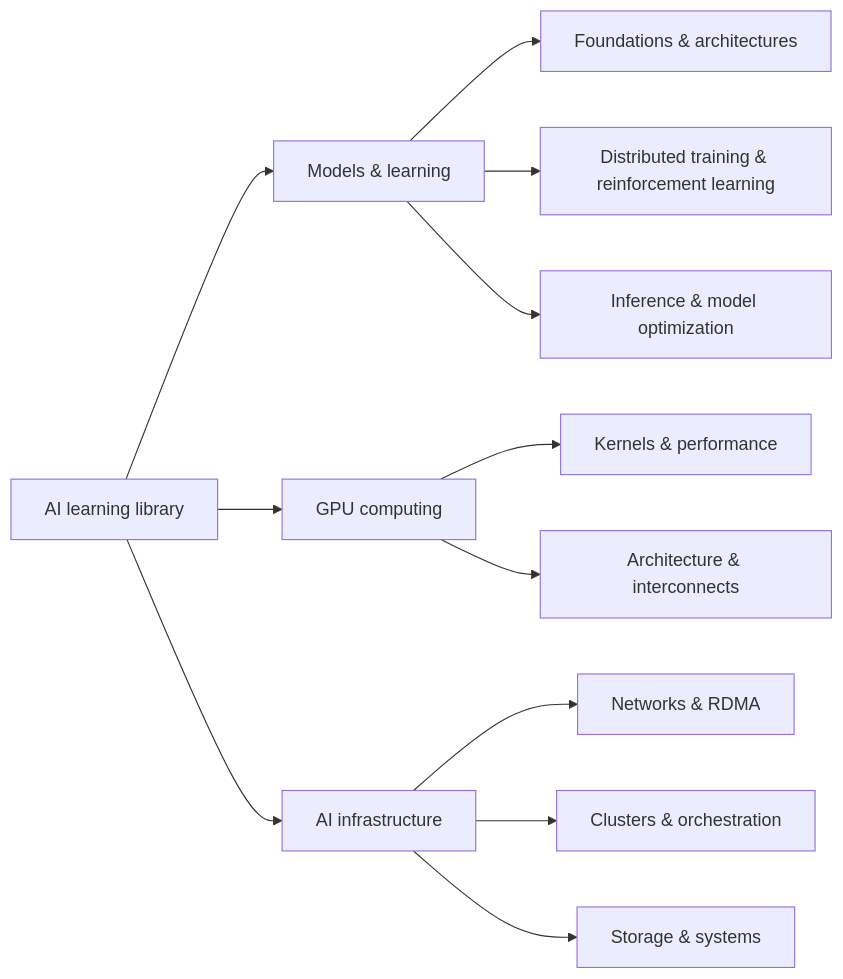
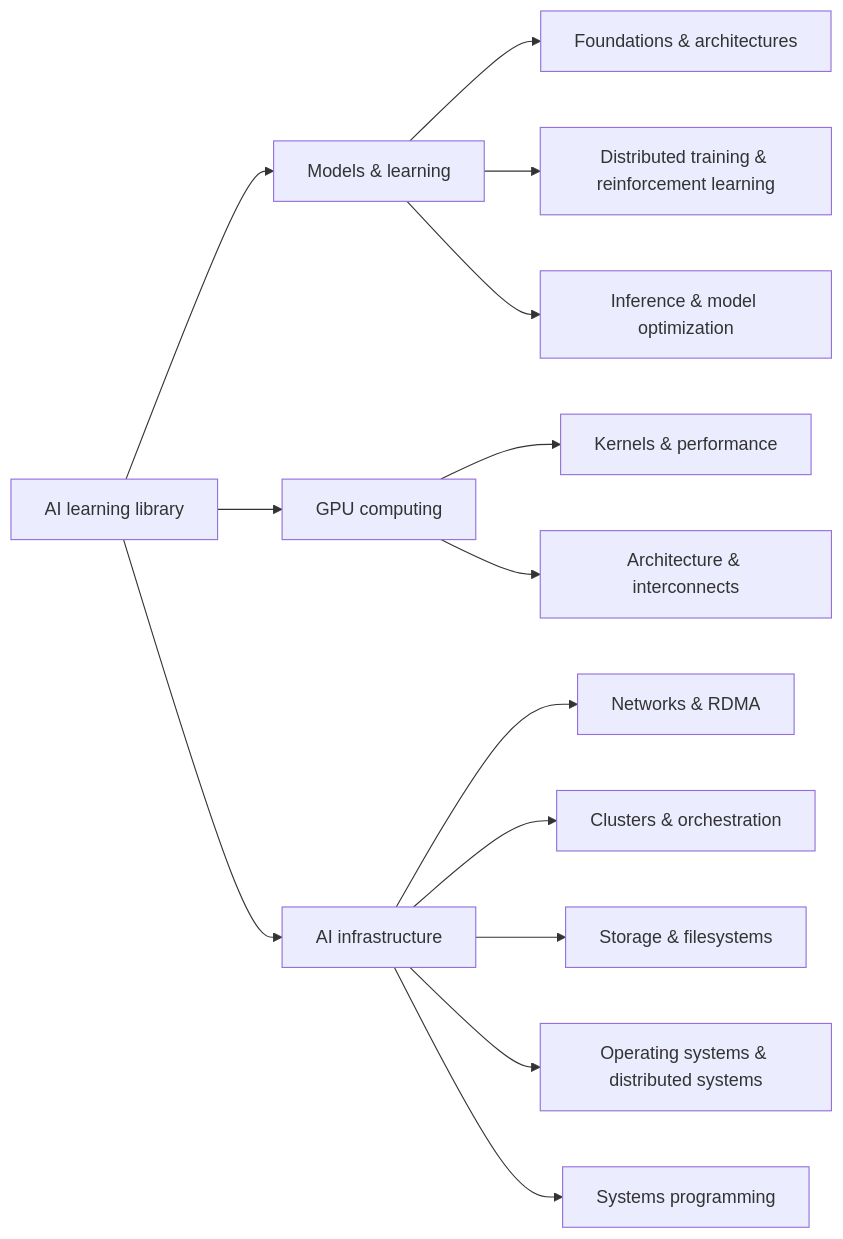
Before and after one commit to juansanjose/juan_website: the diagram in docs/topic-map.mmd, drawn with Mermaid. The commit also changed 6 other files, not shown here.

Commit message:
Separate storage, operating systems, and systems programming topics

```diff
--- a/docs/topic-map.mmd
+++ b/docs/topic-map.mmd
@@ -1,13 +1,15 @@
 graph LR
   ai["AI learning library"]
   ai --> group0["Models & learning"]
   group0 --> foundations["Foundations & architectures"]
   group0 --> training["Distributed training & reinforcement learning"]
   group0 --> inference["Inference & model optimization"]
   ai --> group1["GPU computing"]
   group1 --> kernels["Kernels & performance"]
   group1 --> hardware["Architecture & interconnects"]
   ai --> group2["AI infrastructure"]
   group2 --> networking["Networks & RDMA"]
   group2 --> clusters["Clusters & orchestration"]
-  group2 --> storage["Storage & systems"]
+  group2 --> storage["Storage & filesystems"]
+  group2 --> systems["Operating systems & distributed systems"]
+  group2 --> programming["Systems programming"]
```
